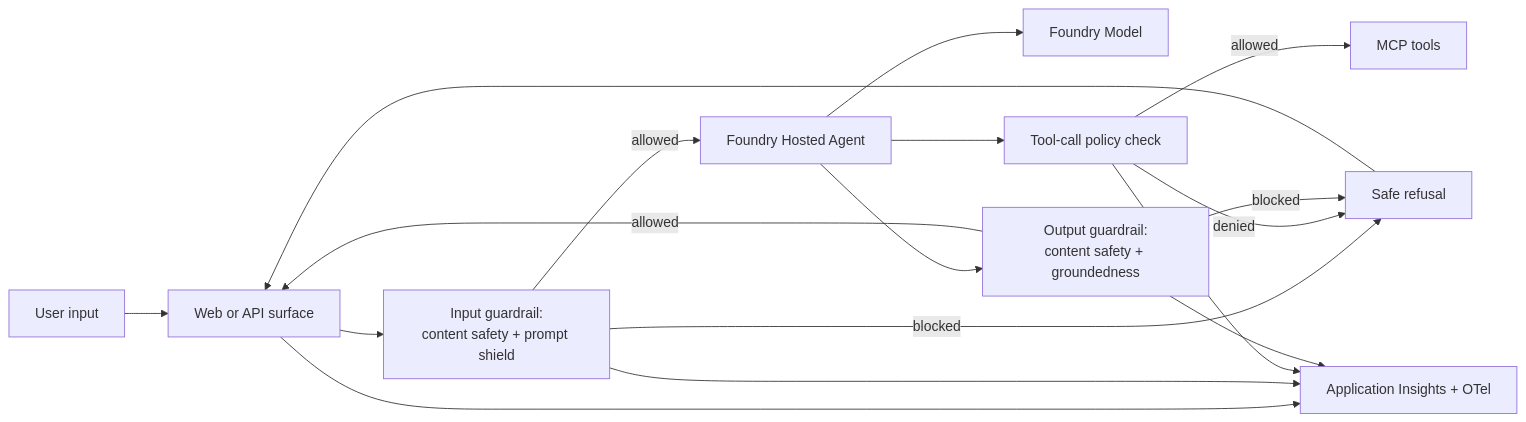
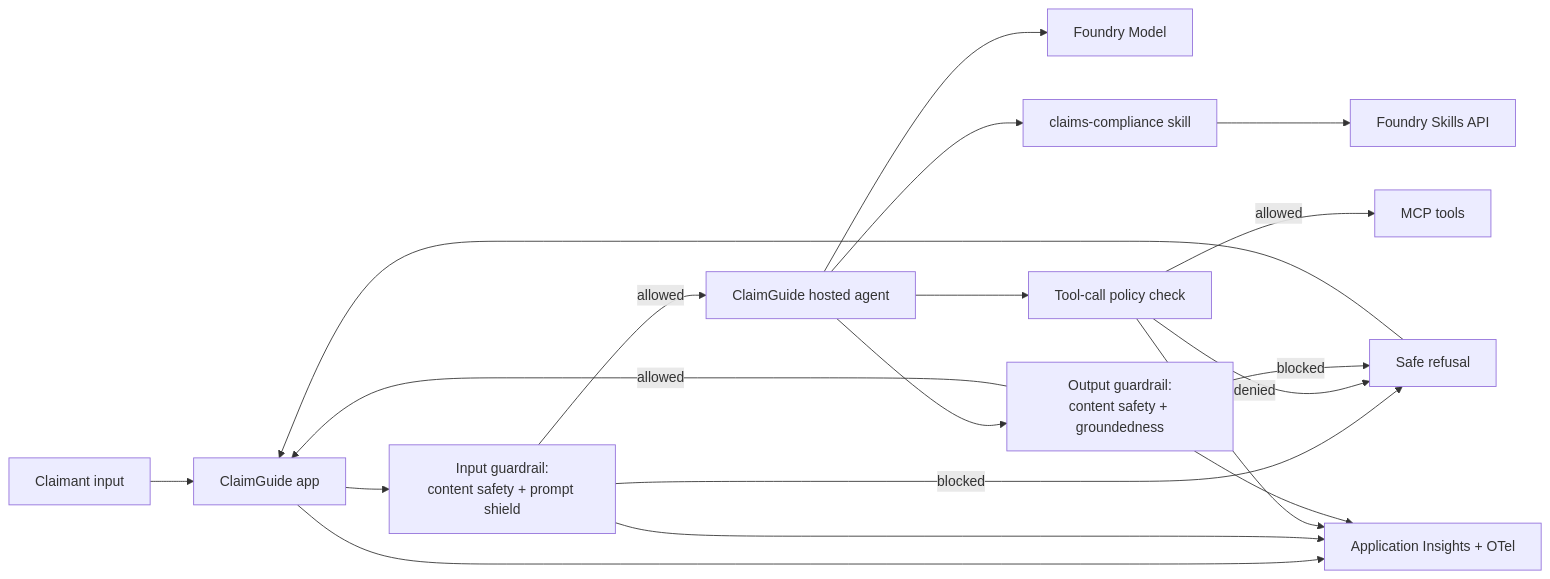
Before and after one commit to aiappsgbb/agentic-loop: the diagram in playbooks/governance-safety-baseline/README.md, drawn with Mermaid. The commit also changed other lines of this file and 5 other files, not shown here.

````diff
--- a/playbooks/governance-safety-baseline/README.md
+++ b/playbooks/governance-safety-baseline/README.md
@@ -27,19 +27,21 @@
 ```mermaid
 flowchart LR
-  User[User input] --> App[Web or API surface]
+  User[Claimant input] --> App[ClaimGuide app]
   App --> InGuard[Input guardrail:<br/>content safety + prompt shield]
-  InGuard -->|allowed| Agent[Foundry Hosted Agent]
+  InGuard -->|allowed| Agent[ClaimGuide hosted agent]
   InGuard -->|blocked| Refuse[Safe refusal]
   Agent --> Model[Foundry Model]
+  Agent --> Skill[claims-compliance skill]
+  Skill --> SkillsAPI[Foundry Skills API]
   Agent --> Policy[Tool-call policy check]
   Policy -->|allowed| Tools[MCP tools]
   Policy -->|denied| Refuse
   Agent --> OutGuard[Output guardrail:<br/>content safety + groundedness]
   OutGuard -->|allowed| App
   OutGuard -->|blocked| Refuse
   Refuse --> App
   App --> Insights[Application Insights + OTel]
   InGuard --> Insights
   Policy --> Insights
   OutGuard --> Insights
 ```
````
